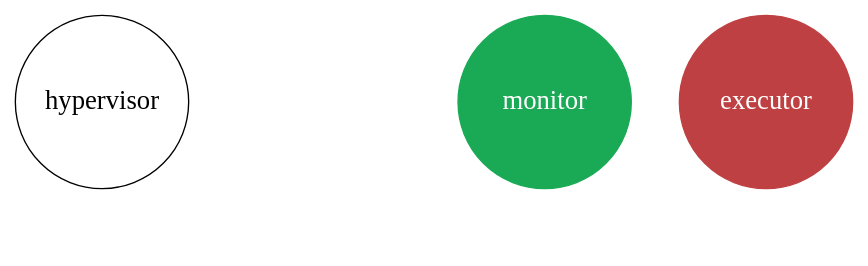
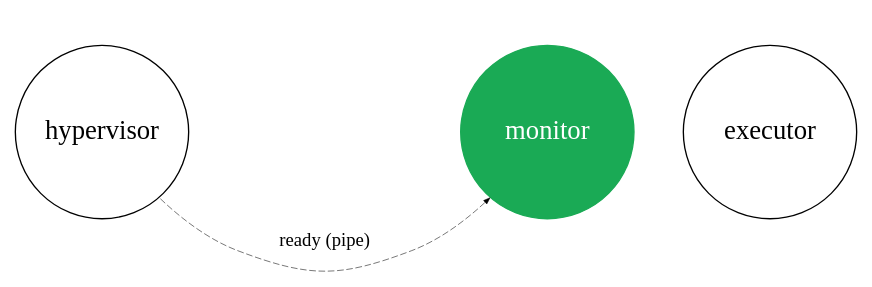
The diagram in doc/spawing-process/step-7.dot (evomassiny/simple-scheduler), drawn with Graphviz before and after one commit. The commit also changed 8 other files, not shown here.

```diff
--- a/doc/spawing-process/step-7.dot
+++ b/doc/spawing-process/step-7.dot
@@ -1,18 +1,20 @@
 digraph step {
     rankdir="LR";
     ranksep=0.5;
 
     node[fontsize=20, shape=circle, width=1.8];
     edge[penwidth=0.4, arrowsize=0.5];
 
     "hypervisor";
     "monitor" [color="#1aaa55", style=filled, fontcolor=white];
-    "executor"[color="#BF4042", style=filled, fontcolor=white];
+    "executor";
 
     "tmp"[style=invis];
     "hypervisor" -> "tmp" [style=invis];
     "tmp" -> "monitor" [style=invis];
 
     "hypervisor" -> "monitor" [style=invis];
     "monitor" -> "executor"[style=invis];
+
+    "monitor" -> "hypervisor"[style=dashed, label="ready (pipe)", dir=back];
 }
```
